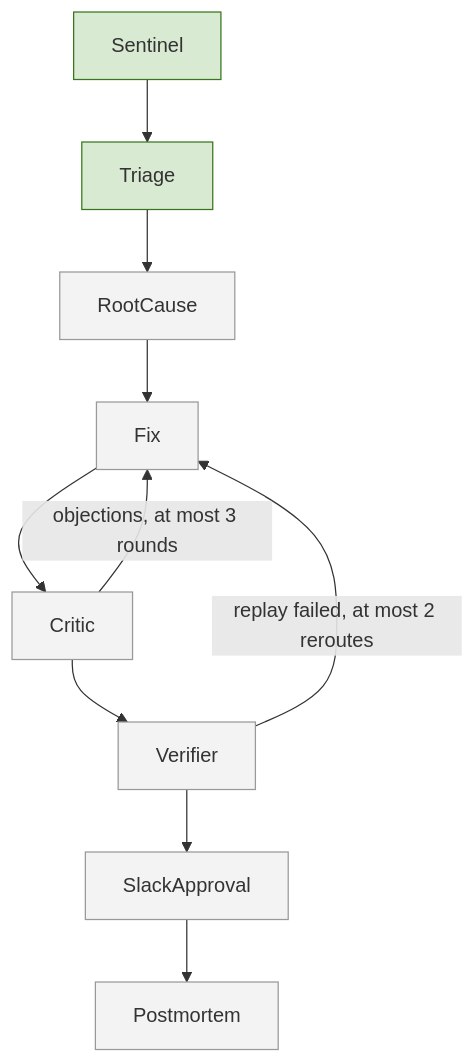
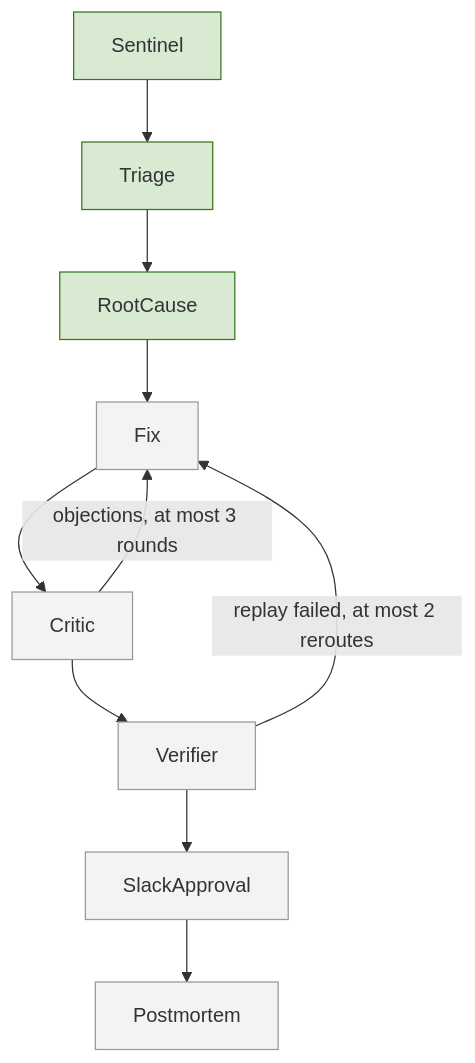
One commit to hamidmatiny/MERIDIAN changed the diagram in README.md. Above: the diagram before and after it, drawn with Mermaid. The commit also changed other lines of this file and 62 other files, not shown here.

Commit message:
Ground root-cause hypotheses in refs returned by read-only MCP tools.

````diff
--- a/README.md
+++ b/README.md
@@ -11,20 +11,20 @@
 ```mermaid
 flowchart TD
   sentinel[Sentinel]
   triage[Triage]
   rootCause[RootCause]
   fix[Fix]
   critic[Critic]
   verifier[Verifier]
   slack[SlackApproval]
   postmortem[Postmortem]
 
   sentinel --> triage --> rootCause --> fix --> critic --> verifier --> slack --> postmortem
   critic -->|"objections, at most 3 rounds"| fix
   verifier -->|"replay failed, at most 2 reroutes"| fix
 
   classDef built fill:#d9ead3,stroke:#38761d
   classDef planned fill:#f3f3f3,stroke:#999
-  class sentinel,triage built
-  class rootCause,fix,critic,verifier,slack,postmortem planned
+  class sentinel,triage,rootCause built
+  class fix,critic,verifier,slack,postmortem planned
 ```
````
